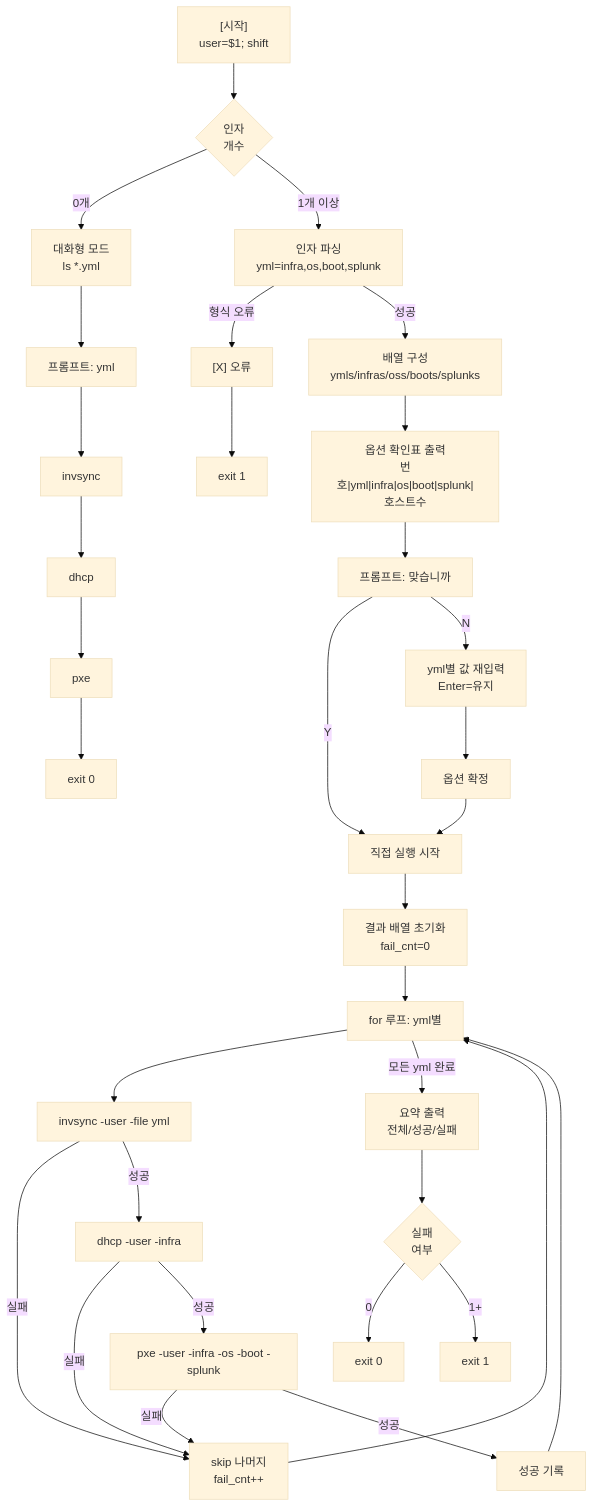
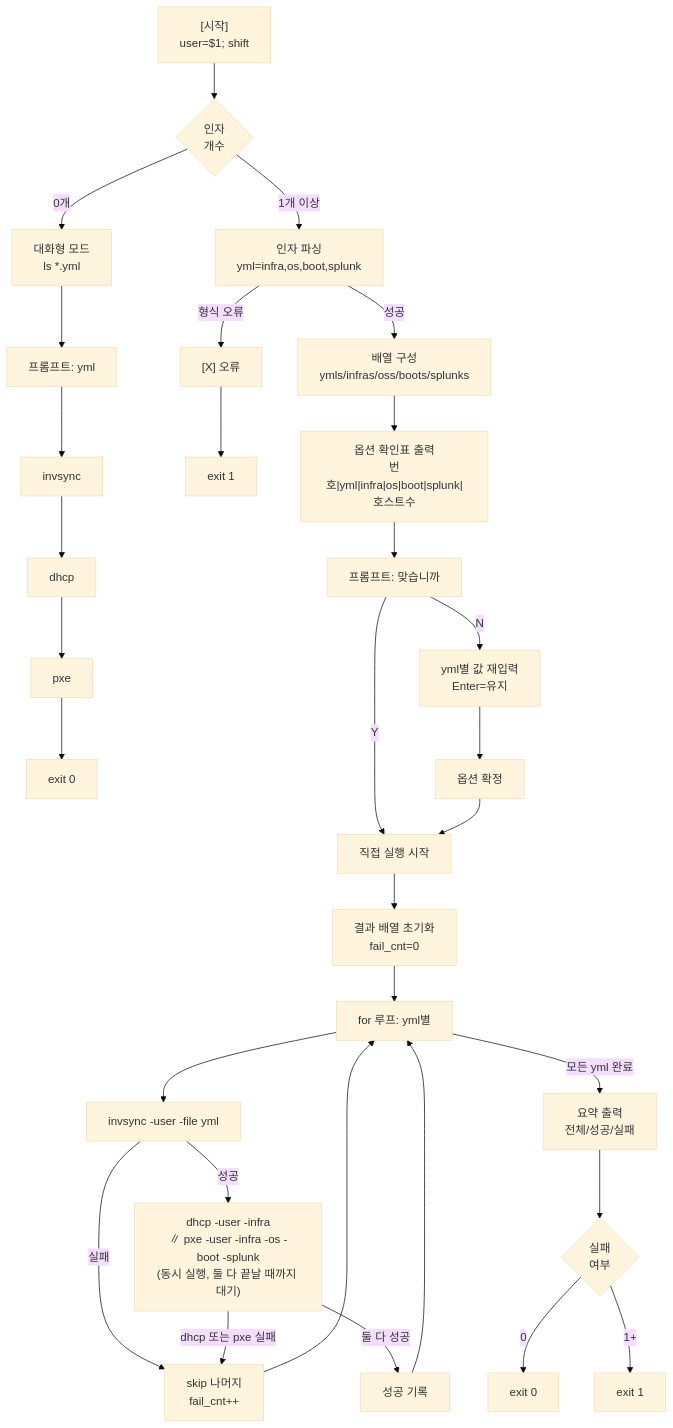
One commit to qazx2675/myrepo changed the third of 3 diagrams in .claude/HPC/awx_script/WORKFLOW.md. Above: the diagram before and after it, drawn with Mermaid (base theme). The commit also changed 2 other files, not shown here.

Commit message:
docs(HPC/awx_script): 02 흐름도를 dhcp/pxe 동시 실행으로 수정 (workflow.svg, WORKFLOW.md)

````diff
--- a/.claude/HPC/awx_script/WORKFLOW.md
+++ b/.claude/HPC/awx_script/WORKFLOW.md
@@ -100,38 +100,36 @@
 ```mermaid
 flowchart TD
     A["[시작]<br/>user=$1; shift"] --> B{"인자<br/>개수"}
     B -->|0개| B1["대화형 모드<br/>ls *.yml"]
     B1 --> B2["프롬프트: yml"]
     B2 --> C1["invsync"]
     C1 --> C2["dhcp"]
     C2 --> C3["pxe"]
     C3 --> END1["exit 0"]
     
     B -->|1개 이상| D["인자 파싱<br/>yml=infra,os,boot,splunk"]
     D -->|형식 오류| D1["[X] 오류"]
     D1 --> END2["exit 1"]
     D -->|성공| E["배열 구성<br/>ymls/infras/oss/boots/splunks"]
     
     E --> F["옵션 확인표 출력<br/>번호|yml|infra|os|boot|splunk|호스트수"]
     F --> G["프롬프트: 맞습니까"]
     G -->|Y| H["직접 실행 시작"]
     G -->|N| H1["yml별 값 재입력<br/>Enter=유지"]
     H1 --> H2["옵션 확정"]
     H2 --> H
     
     H --> I["결과 배열 초기화<br/>fail_cnt=0"]
     I --> J["for 루프: yml별"]
     J --> K["invsync -user -file yml"]
     K -->|실패| K1["skip 나머지<br/>fail_cnt++"]
     K1 --> J
-    K -->|성공| L["dhcp -user -infra"]
-    L -->|실패| K1
-    L -->|성공| M["pxe -user -infra -os -boot -splunk"]
-    M -->|실패| K1
-    M -->|성공| M1["성공 기록"]
+    K -->|성공| L["dhcp -user -infra<br/>∥ pxe -user -infra -os -boot -splunk<br/>(동시 실행, 둘 다 끝날 때까지 대기)"]
+    L -->|dhcp 또는 pxe 실패| K1
+    L -->|둘 다 성공| M1["성공 기록"]
     M1 --> J
     J -->|모든 yml 완료| N["요약 출력<br/>전체/성공/실패"]
     N --> O{"실패<br/>여부"}
     O -->|0| END3["exit 0"]
     O -->|1+| END4["exit 1"]
 ```
````
